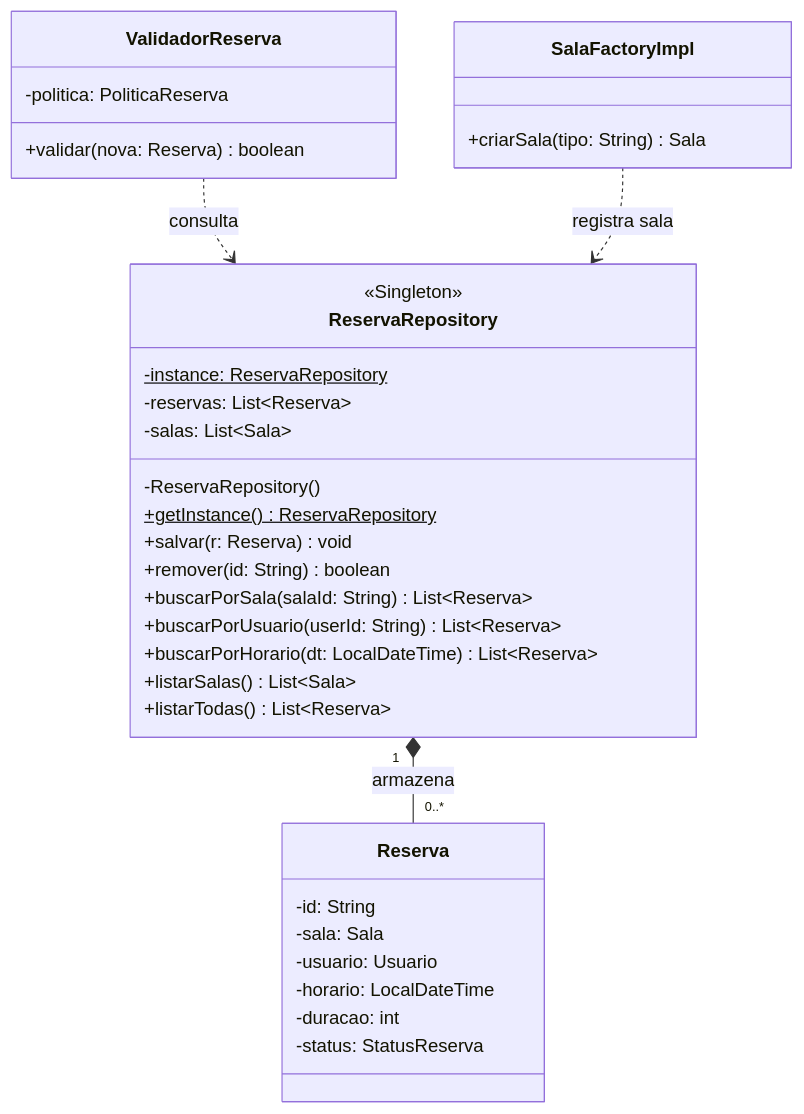
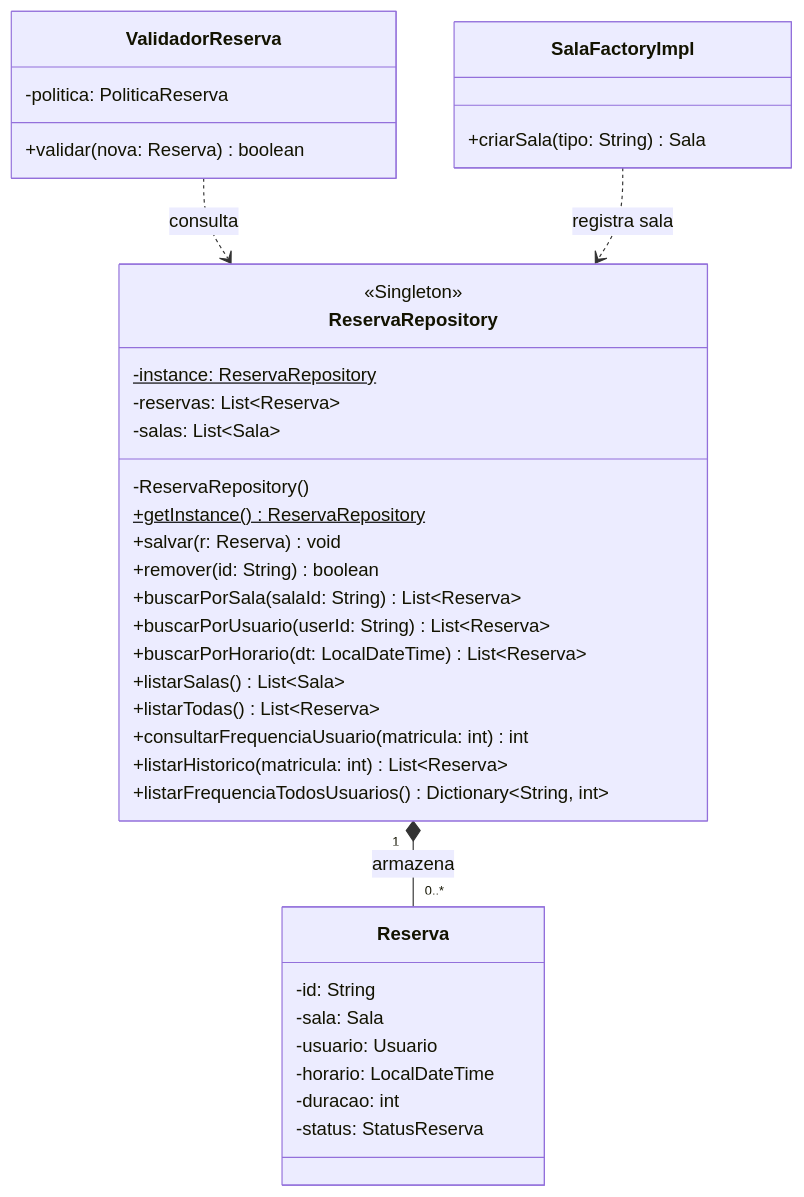
Before and after one commit to GrazieleUnifesp/ReservadeSala_Extensao: the third of 7 diagrams in docs/IDEA.md, drawn with Mermaid. The commit also changed other lines of this file, not shown here.

Commit message:
docs: atualiza diagrama de classes com padrão Proxy e métodos de histórico

````diff
--- a/docs/IDEA.md
+++ b/docs/IDEA.md
@@ -168,42 +168,45 @@
 ```mermaid
 classDiagram
     direction TB
 
     class ReservaRepository {
         <<Singleton>>
         -instance: ReservaRepository$
         -reservas: List~Reserva~
         -salas: List~Sala~
         -ReservaRepository()
         +getInstance() ReservaRepository$
         +salvar(r: Reserva) void
         +remover(id: String) boolean
         +buscarPorSala(salaId: String) List~Reserva~
         +buscarPorUsuario(userId: String) List~Reserva~
         +buscarPorHorario(dt: LocalDateTime) List~Reserva~
         +listarSalas() List~Sala~
         +listarTodas() List~Reserva~
+        +consultarFrequenciaUsuario(matricula: int) int
+        +listarHistorico(matricula: int) List~Reserva~
+        +listarFrequenciaTodosUsuarios() Dictionary~String, int~
     }
 
     class Reserva {
         -id: String
         -sala: Sala
         -usuario: Usuario
         -horario: LocalDateTime
         -duracao: int
         -status: StatusReserva
     }
 
     class SalaFactoryImpl {
         +criarSala(tipo: String) Sala
     }
 
     class ValidadorReserva {
         -politica: PoliticaReserva
         +validar(nova: Reserva) boolean
     }
 
     ReservaRepository "1" *-- "0..*" Reserva : armazena
     ValidadorReserva ..> ReservaRepository : consulta
     SalaFactoryImpl ..> ReservaRepository : registra sala
 ```
````
